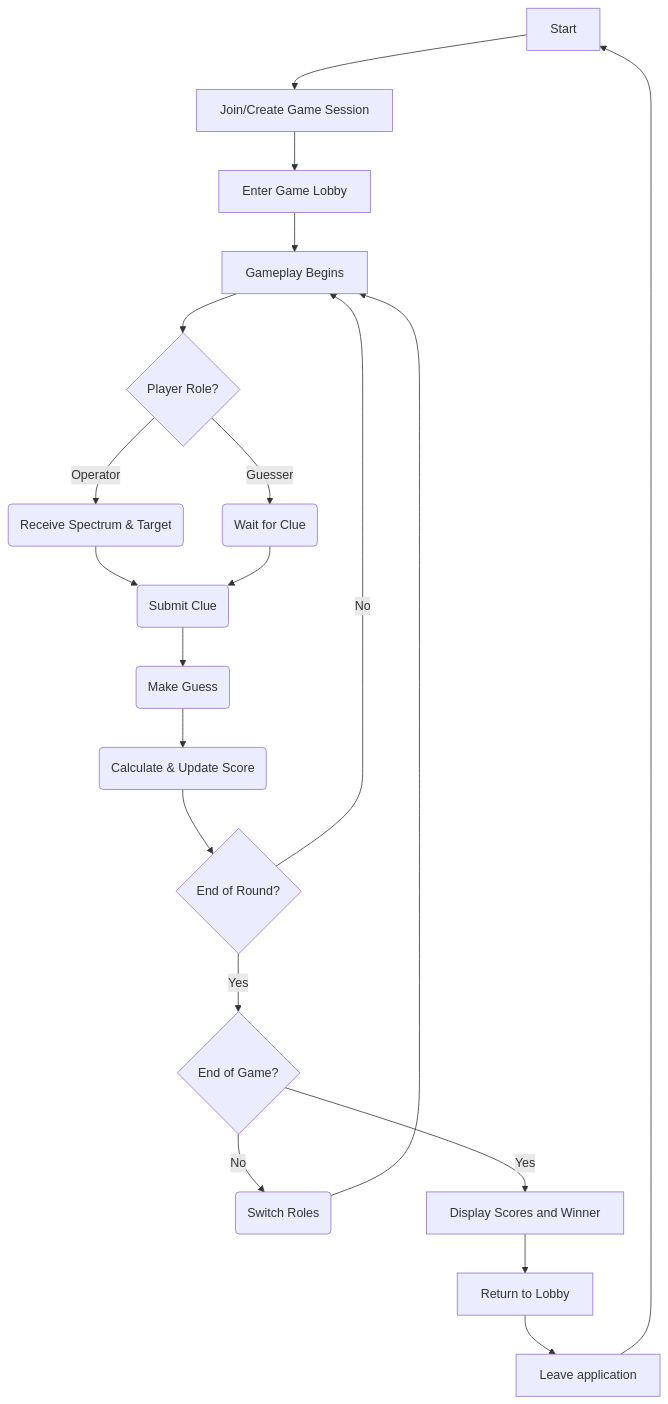
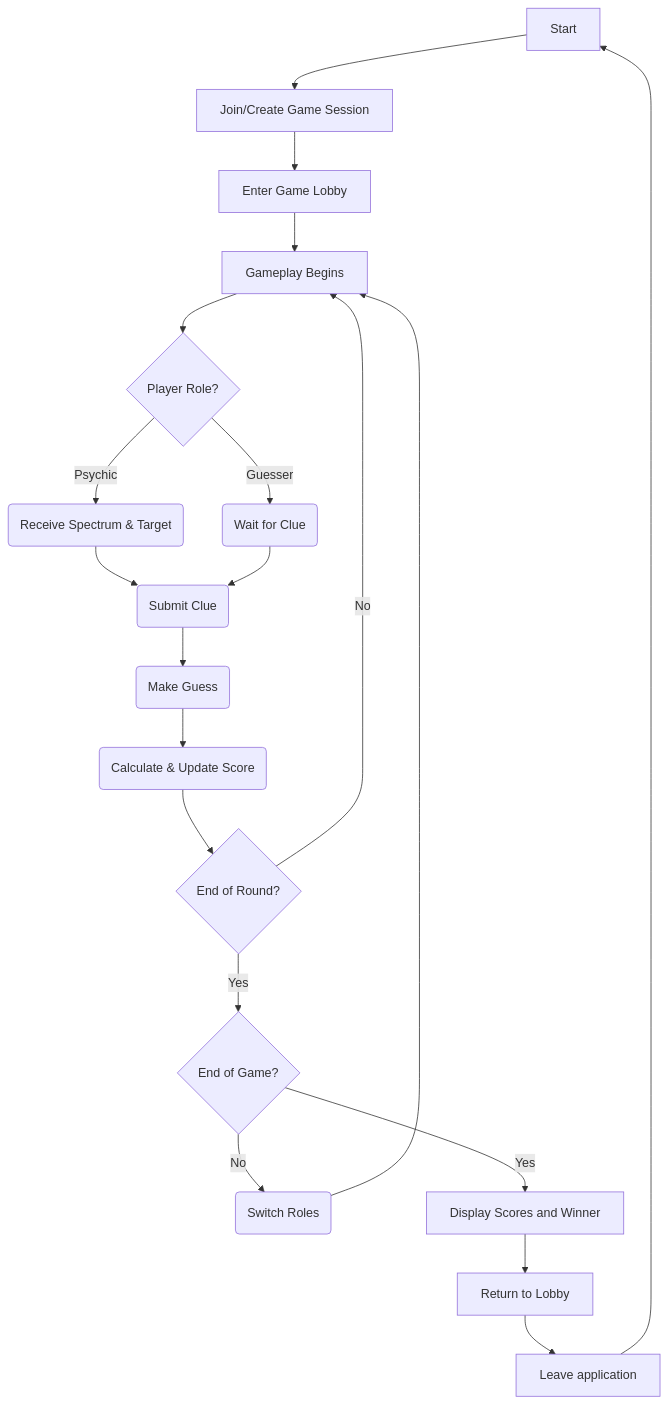
Before and after one commit to 2nPlusOne/phaselock: the first of 6 diagrams in docs/readme.template.md, drawn with Mermaid. The commit also changed other lines of this file and 62 other files, not shown here.

````diff
--- a/docs/readme.template.md
+++ b/docs/readme.template.md
@@ -14,22 +14,22 @@
 ```mermaid
 flowchart TD
     A[Start] --> B[Join/Create Game Session]
     B --> C[Enter Game Lobby]
     C --> D[Gameplay Begins]
     D --> E{Player Role?}
-    E -- Operator --> F(Receive Spectrum & Target)
+    E -- Psychic --> F(Receive Spectrum & Target)
     E -- Guesser --> G(Wait for Clue)
     F --> H(Submit Clue)
     G --> H
     H --> I(Make Guess)
     I --> J(Calculate & Update Score)
     J --> K{End of Round?}
     K -- No --> D
     K -- Yes --> L{End of Game?}
     L -- No --> M(Switch Roles)
     M --> D
     L -- Yes --> N[Display Scores and Winner]
     N --> O[Return to Lobby]
     O --> P[Leave application]
     P --> A
 ```
````
